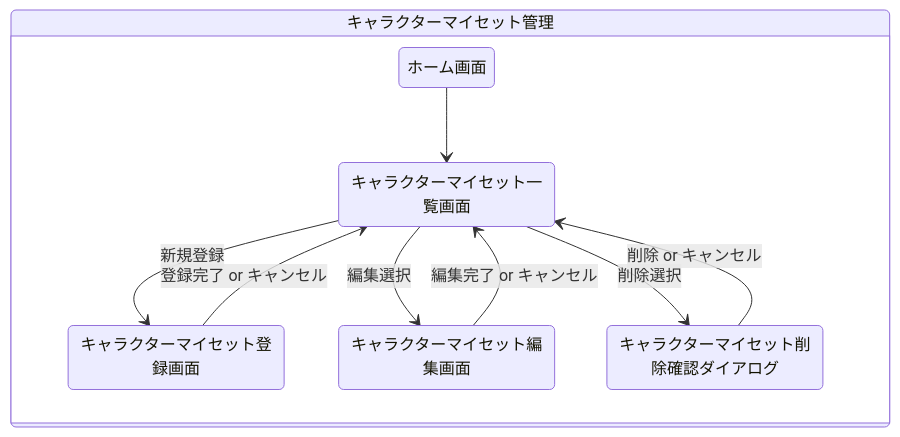
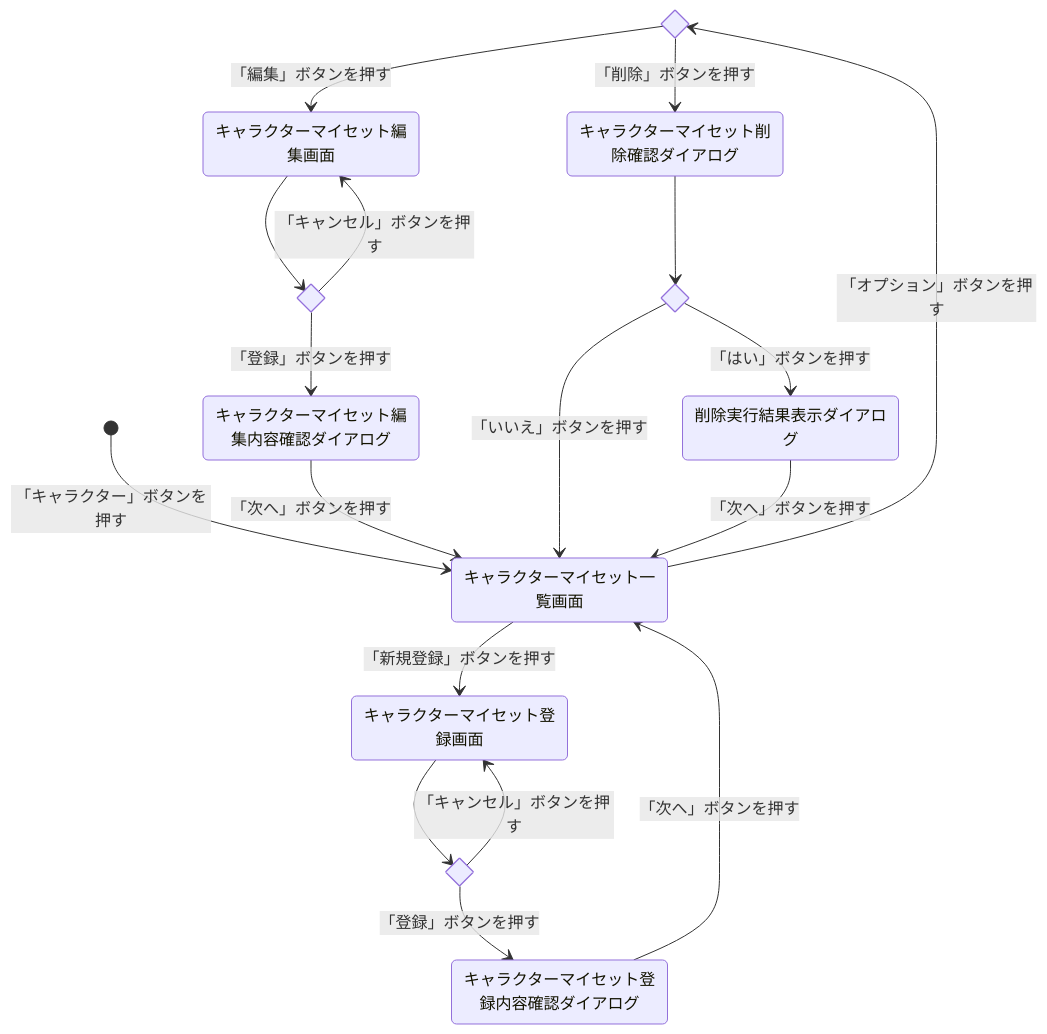
The second of 6 diagrams in README.md (Ryosuke-Yamasaki/Genshin-Desktop-App), drawn with Mermaid before and after one commit. The commit also changed other lines of this file, not shown here.

````diff
--- a/README.md
+++ b/README.md
@@ -207,12 +208,25 @@
 ```mermaid
 stateDiagram-v2
-  state キャラクターマイセット管理 {
-    ホーム画面 --> キャラクターマイセット一覧画面
-    キャラクターマイセット一覧画面 --> キャラクターマイセット登録画面 : 新規登録
-    キャラクターマイセット一覧画面 --> キャラクターマイセット編集画面 : 編集選択
-    キャラクターマイセット一覧画面 --> キャラクターマイセット削除確認ダイアログ : 削除選択
-    キャラクターマイセット削除確認ダイアログ --> キャラクターマイセット一覧画面 : 削除 or キャンセル
-    キャラクターマイセット登録画面 --> キャラクターマイセット一覧画面 : 登録完了 or キャンセル
-    キャラクターマイセット編集画面 --> キャラクターマイセット一覧画面 : 編集完了 or キャンセル
-  }
+  state if_オプション <<choice>>
+  state if_登録 <<choice>>
+  state if_編集 <<choice>>
+  state if_削除 <<choice>>
+
+  [*] --> キャラクターマイセット一覧画面 : 「キャラクター」ボタンを押す
+  キャラクターマイセット一覧画面 --> キャラクターマイセット登録画面 : 「新規登録」ボタンを押す
+  キャラクターマイセット一覧画面 --> if_オプション : 「オプション」ボタンを押す
+  if_オプション --> キャラクターマイセット編集画面 : 「編集」ボタンを押す
+  if_オプション --> キャラクターマイセット削除確認ダイアログ : 「削除」ボタンを押す
+  キャラクターマイセット登録画面 --> if_登録
+  if_登録 --> キャラクターマイセット登録内容確認ダイアログ : 「登録」ボタンを押す
+  if_登録 --> キャラクターマイセット登録画面 : 「キャンセル」ボタンを押す
+  キャラクターマイセット登録内容確認ダイアログ --> キャラクターマイセット一覧画面 : 「次へ」ボタンを押す
+  キャラクターマイセット編集画面 --> if_編集
+  if_編集 --> キャラクターマイセット編集内容確認ダイアログ : 「登録」ボタンを押す
+  if_編集 --> キャラクターマイセット編集画面 : 「キャンセル」ボタンを押す
+  キャラクターマイセット編集内容確認ダイアログ --> キャラクターマイセット一覧画面 : 「次へ」ボタンを押す
+  キャラクターマイセット削除確認ダイアログ --> if_削除
+  if_削除 --> 削除実行結果表示ダイアログ : 「はい」ボタンを押す
+  if_削除 --> キャラクターマイセット一覧画面 : 「いいえ」ボタンを押す
+  削除実行結果表示ダイアログ --> キャラクターマイセット一覧画面 : 「次へ」ボタンを押す
 ```
````
